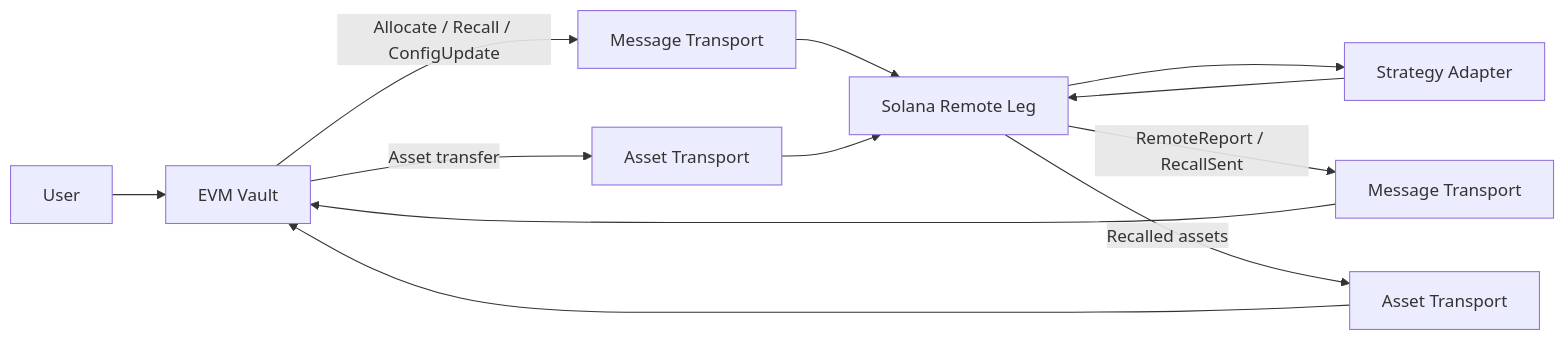
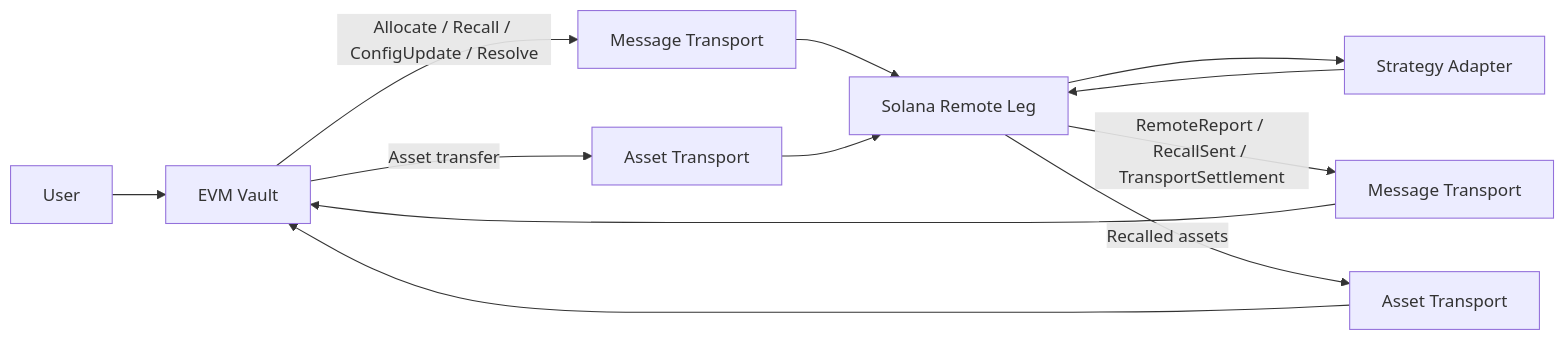
The diagram in README.md (ayushmishra2005/solana-evm-cross-chain-vault), drawn with Mermaid before and after one commit. The commit also changed other lines of this file and 58 other files, not shown here.

Commit message:
feat: add cross-chain transport settlement and pooled recovery

````diff
--- a/README.md
+++ b/README.md
@@ -35,14 +38,14 @@
 ```mermaid
 flowchart LR
     U[User] --> E[EVM Vault]
-    E -->|Allocate / Recall / ConfigUpdate| T1[Message Transport]
+    E -->|Allocate / Recall / ConfigUpdate / Resolve| T1[Message Transport]
     T1 --> S[Solana Remote Leg]
     E -->|Asset transfer| A1[Asset Transport]
     A1 --> S
     S --> ST[Strategy Adapter]
     ST --> S
-    S -->|RemoteReport / RecallSent| T2[Message Transport]
+    S -->|RemoteReport / RecallSent / TransportSettlement| T2[Message Transport]
     T2 --> E
     S -->|Recalled assets| A2[Asset Transport]
     A2 --> E
 ```
````
